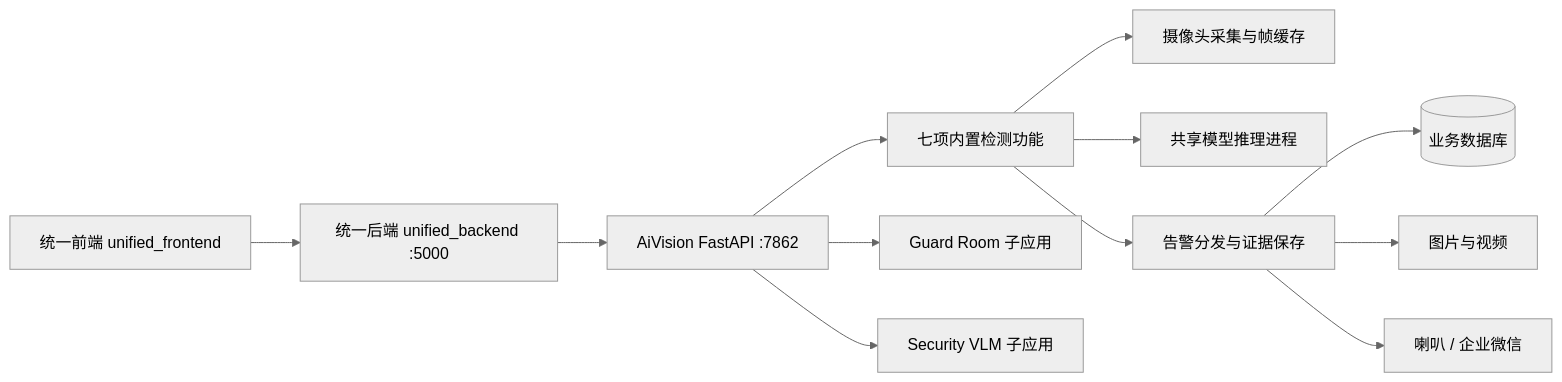
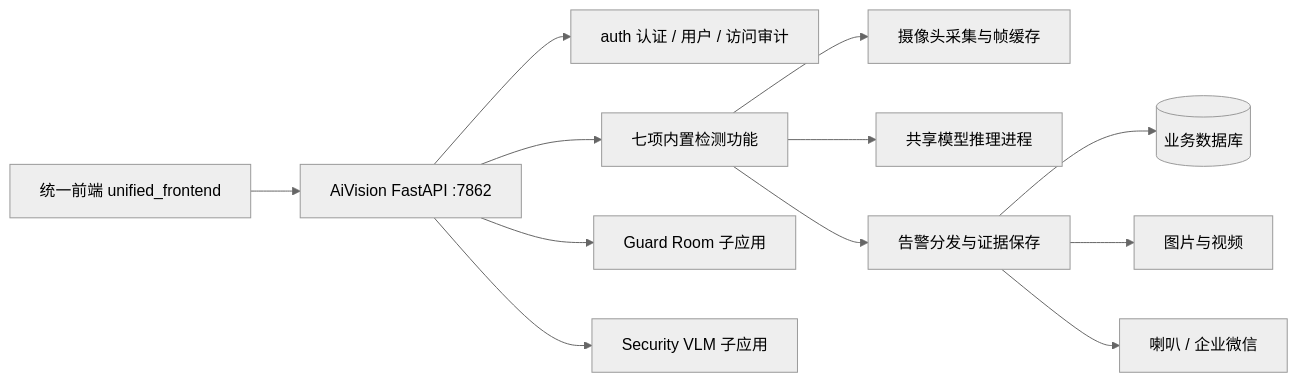
The first of 3 diagrams in AiVision/README.md (asmellperson/CVproject1), drawn with Mermaid (neutral theme) before and after one commit. The commit also changed other lines of this file and 40 other files, not shown here.

````diff
--- a/AiVision/README.md
+++ b/AiVision/README.md
@@ -29,14 +29,14 @@
 ```mermaid
 flowchart LR
-    UI[统一前端 unified_frontend] --> Gateway[统一后端 unified_backend :5000]
-    Gateway --> API[AiVision FastAPI :7862]
+    UI[统一前端 unified_frontend] --> API[AiVision FastAPI :7862]
+    API --> Auth[auth 认证 / 用户 / 访问审计]
     API --> Features[七项内置检测功能]
     API --> Guard[Guard Room 子应用]
     API --> Security[Security VLM 子应用]
     Features --> Cameras[摄像头采集与帧缓存]
     Features --> Models[共享模型推理进程]
     Features --> Alarms[告警分发与证据保存]
     Alarms --> DB[(业务数据库)]
     Alarms --> Media[图片与视频]
     Alarms --> Notify[喇叭 / 企业微信]
 ```
````
